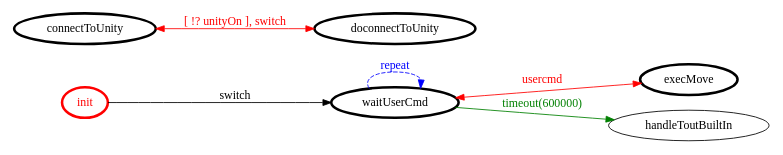
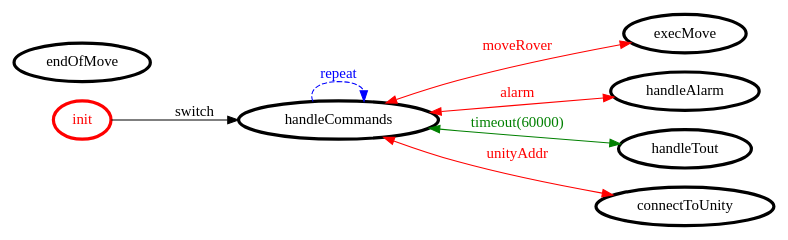
The diagram in srcMore/it/unibo/rover/rover.gv (Robotex/ISS-Final-Task-1617), drawn with Graphviz before and after one commit. The commit also changed 111 other files, not shown here.

```diff
--- a/srcMore/it/unibo/rover/rover.gv
+++ b/srcMore/it/unibo/rover/rover.gv
@@ -1,23 +1,26 @@
 /*
 *
 * A GraphViz DOT FSM description 
 * Please use a GraphViz visualizer (like http://www.webgraphviz.com)
 *  
 */
 
 digraph finite_state_machine {
 	rankdir=LR
 	size="8,5"
 	
 	init [ color = red ][ fontcolor = red ][ penwidth = 3 ]
 	execMove [ color = black ][ fontcolor = black ][ penwidth = 3 ]
-	waitUserCmd [ color = black ][ fontcolor = black ][ penwidth = 3 ]
-	doconnectToUnity [ color = black ][ fontcolor = black ][ penwidth = 3 ]
+	endOfMove [ color = black ][ fontcolor = black ][ penwidth = 3 ]
+	handleAlarm [ color = black ][ fontcolor = black ][ penwidth = 3 ]
+	handleTout [ color = black ][ fontcolor = black ][ penwidth = 3 ]
+	handleCommands [ color = black ][ fontcolor = black ][ penwidth = 3 ]
 	connectToUnity [ color = black ][ fontcolor = black ][ penwidth = 3 ]
 	
-	connectToUnity -> doconnectToUnity [ label = "[ !? unityOn ], switch" ][ color = red ][ fontcolor = red ][ dir = both ]
-	waitUserCmd -> execMove [ label = "usercmd" ][ color = red ][ fontcolor = red ][ dir = both ]
-	waitUserCmd -> handleToutBuiltIn [ label = "timeout(600000)" ][ color = green ][ fontcolor = green ]
-	waitUserCmd -> waitUserCmd [ label = "repeat "][ style = dashed ][ color = blue ][ fontcolor = blue ]
-	init -> waitUserCmd [ label = "switch" ][ color = black ][ fontcolor = black ]
+	init -> handleCommands [ label = "switch" ][ color = black ][ fontcolor = black ]
+	handleCommands -> execMove [ label = "moveRover" ][ color = red ][ fontcolor = red ][ dir = both ]
+	handleCommands -> handleTout [ label = "timeout(60000)" ][ color = green ][ fontcolor = green ][ dir = both ]
+	handleCommands -> handleAlarm [ label = "alarm" ][ color = red ][ fontcolor = red ][ dir = both ]
+	handleCommands -> handleCommands [ label = "repeat "][ style = dashed ][ color = blue ][ fontcolor = blue ]
+	handleCommands -> connectToUnity [ label = "unityAddr" ][ color = red ][ fontcolor = red ][ dir = both ]
 }
```
